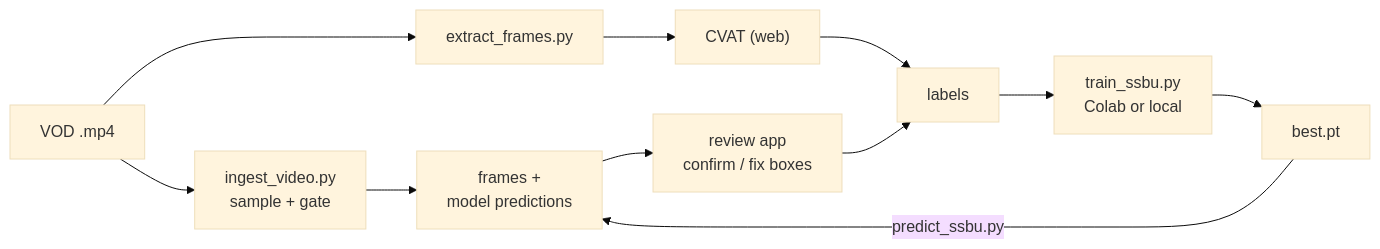
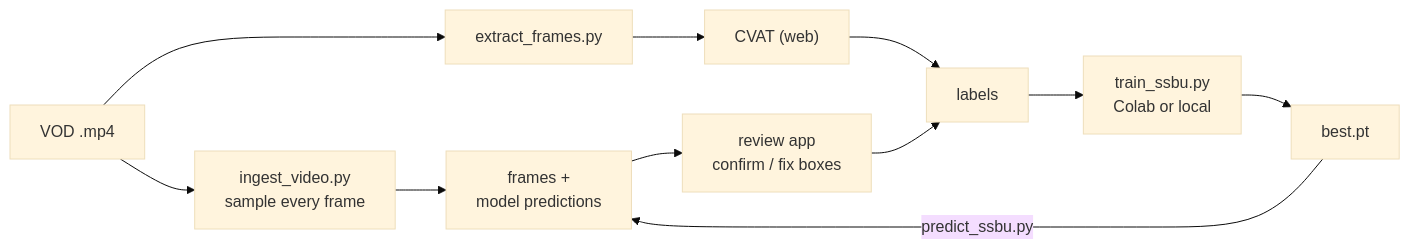
One commit to MicahHeneveld/bros-analysis changed the third of 3 diagrams in README.md. Above: the diagram before and after it, drawn with Mermaid (base theme). The commit also changed other lines of this file and 10 other files, not shown here.

First line of the commit message:
Ingest keeps every sampled frame

````diff
--- a/README.md
+++ b/README.md
@@ -309,16 +313,16 @@
 ```mermaid
 flowchart LR
-    V["VOD .mp4"] --> I["ingest_video.py<br/>sample + gate"]
+    V["VOD .mp4"] --> I["ingest_video.py<br/>sample every frame"]
     V --> X["extract_frames.py"]
 
     I --> P["frames +<br/>model predictions"]
     X --> C["CVAT (web)"]
 
     P --> R["review app<br/>confirm / fix boxes"]
     C --> L["labels"]
     R --> L
 
     L --> T["train_ssbu.py<br/>Colab or local"]
     T --> W["best.pt"]
     W -->|predict_ssbu.py| P
 ```
````
